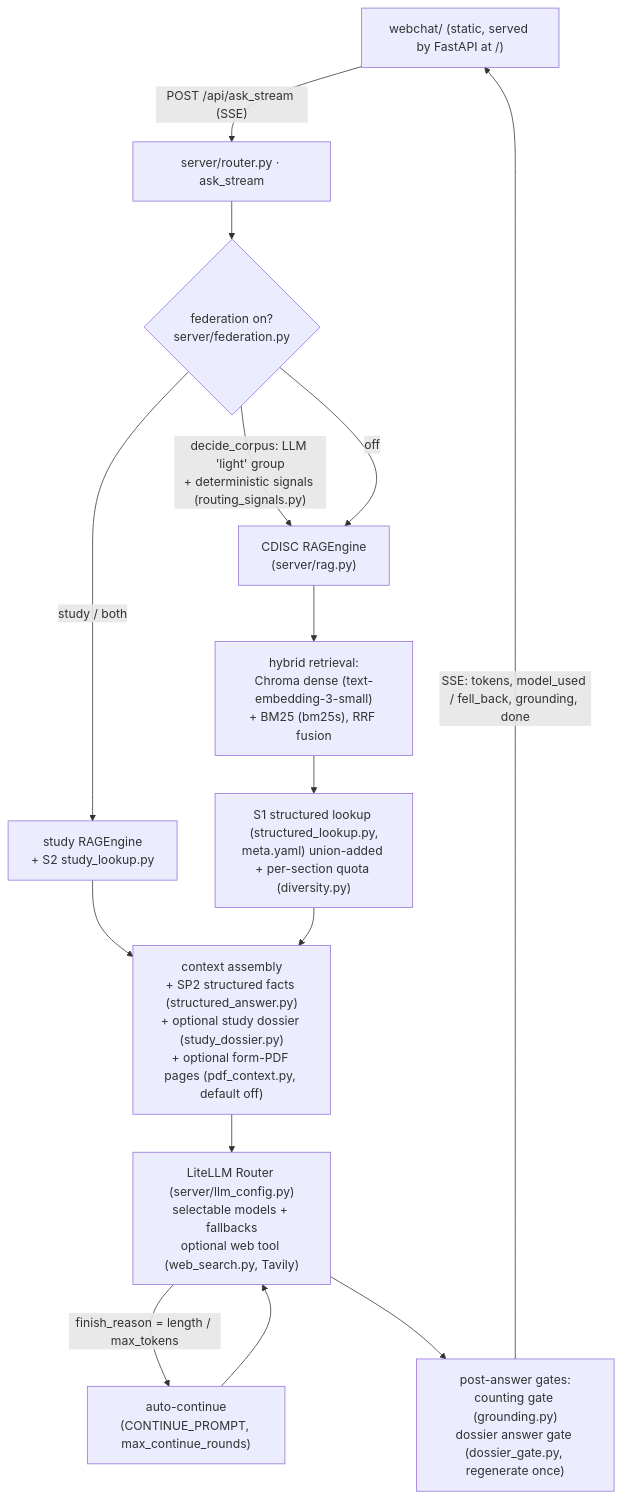
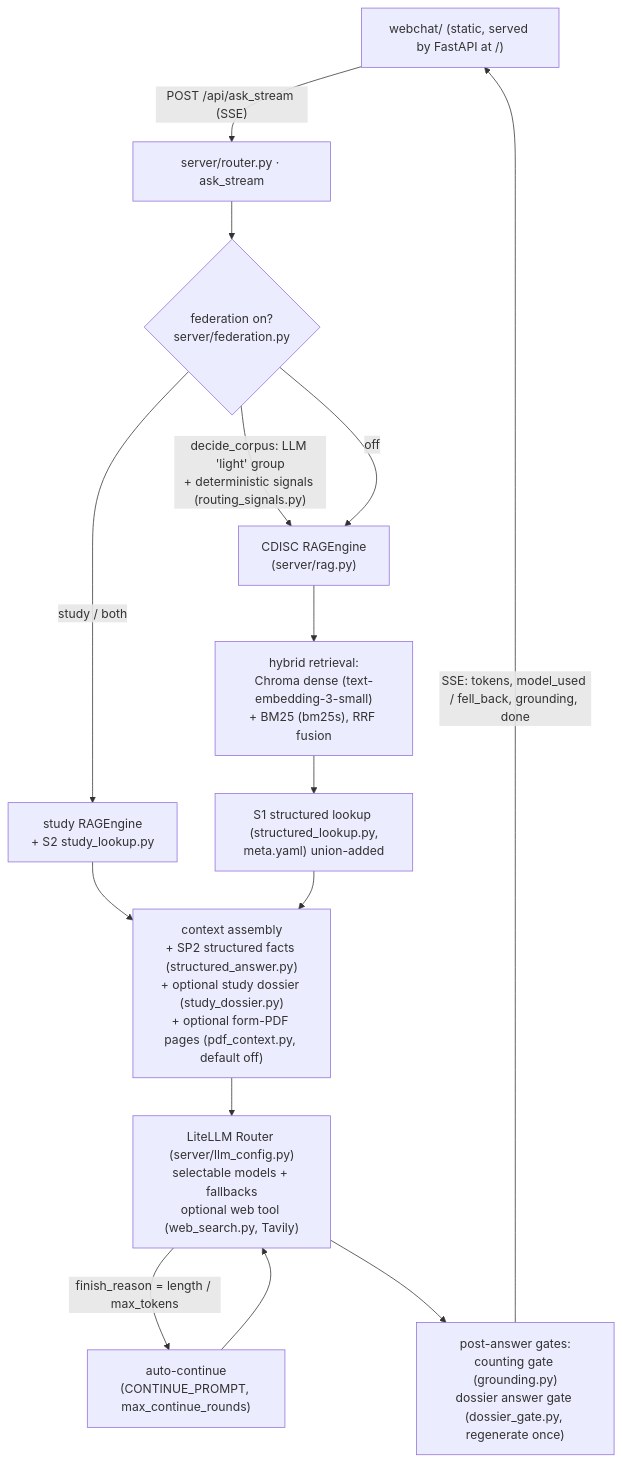
Before and after one commit to hakupao/sdtm-rag: the diagram in docs/architecture.md, drawn with Mermaid. The commit also changed other lines of this file and 5 other files, not shown here.

First line of the commit message:
docs: R1 审查修复 — 安全头默认开启、架构图去掉未接线的配额、quickstart 主 key=Anthropic、KB 更新路由词补 freshness/ingest、进度更新 [skip ci]

````diff
--- a/docs/architecture.md
+++ b/docs/architecture.md
@@ -7,17 +7,17 @@
 ```mermaid
 flowchart TD
     UI["webchat/ (static, served by FastAPI at /)"] -->|"POST /api/ask_stream (SSE)"| R["server/router.py · ask_stream"]
     R --> F{"federation on?<br/>server/federation.py"}
     F -->|"decide_corpus: LLM 'light' group<br/>+ deterministic signals (routing_signals.py)"| C["CDISC RAGEngine<br/>(server/rag.py)"]
     F -->|study / both| S["study RAGEngine<br/>+ S2 study_lookup.py"]
     F -->|off| C
     C --> H["hybrid retrieval:<br/>Chroma dense (text-embedding-3-small)<br/>+ BM25 (bm25s), RRF fusion"]
-    H --> L["S1 structured lookup (structured_lookup.py,<br/>meta.yaml) union-added + per-section quota (diversity.py)"]
+    H --> L["S1 structured lookup (structured_lookup.py,<br/>meta.yaml) union-added"]
     S --> CTX
     L --> CTX["context assembly<br/>+ SP2 structured facts (structured_answer.py)<br/>+ optional study dossier (study_dossier.py)<br/>+ optional form-PDF pages (pdf_context.py, default off)"]
     CTX --> LLM["LiteLLM Router (server/llm_config.py)<br/>selectable models + fallbacks<br/>optional web tool (web_search.py, Tavily)"]
     LLM -->|"finish_reason = length / max_tokens"| AC["auto-continue<br/>(CONTINUE_PROMPT, max_continue_rounds)"]
     AC --> LLM
     LLM --> G["post-answer gates:<br/>counting gate (grounding.py)<br/>dossier answer gate (dossier_gate.py, regenerate once)"]
     G -->|"SSE: tokens, model_used / fell_back, grounding, done"| UI
 ```
````
